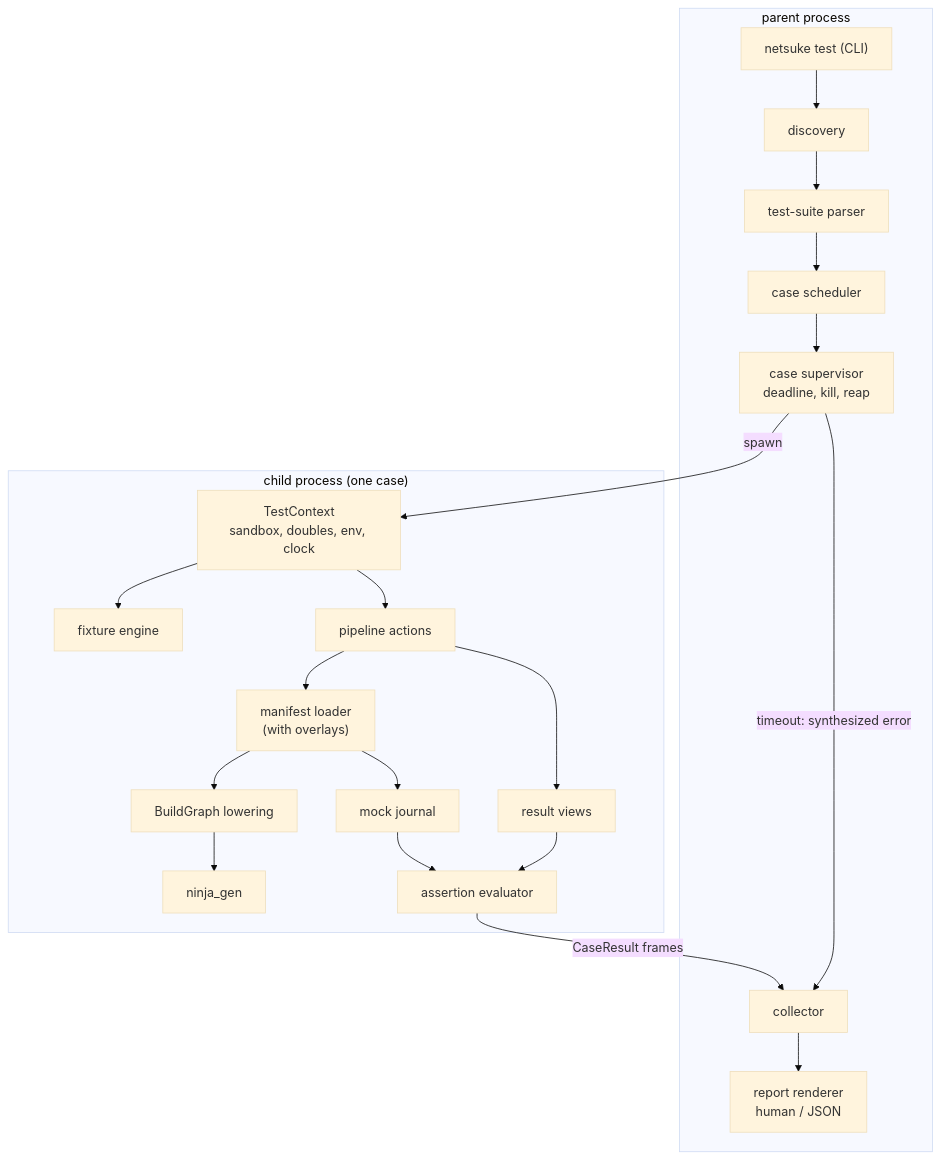
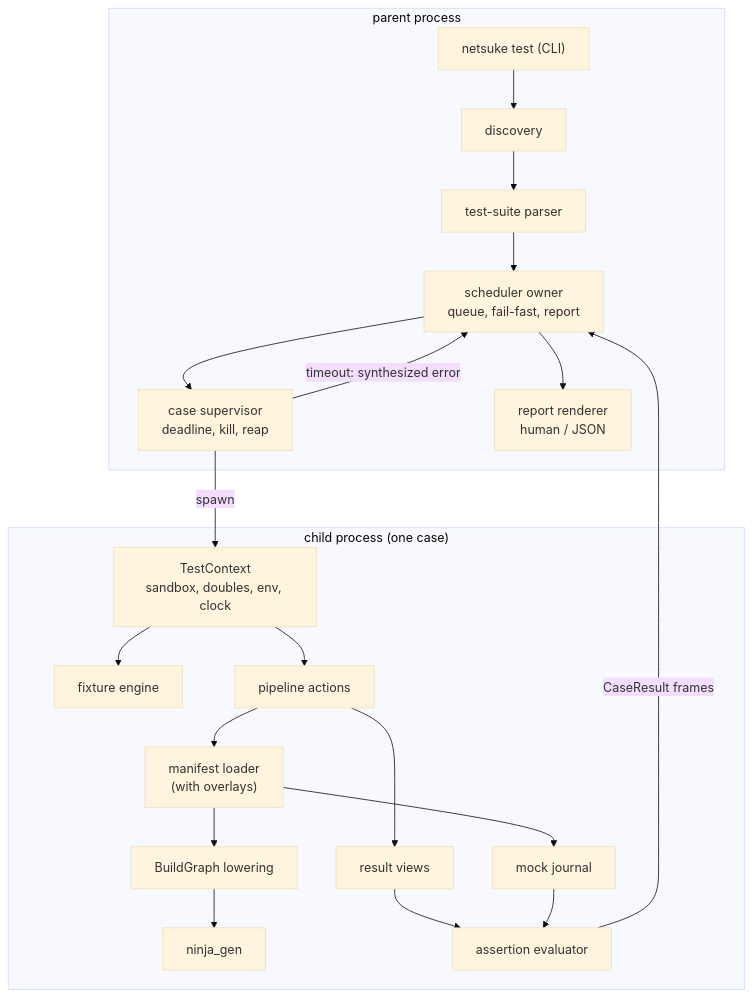
The diagram in docs/netsuke-test-framework-technical-design.md (leynos/netsuke), drawn with Mermaid (base theme) before and after one commit. The commit also changed other lines of this file, not shown here.

````diff
--- a/docs/netsuke-test-framework-technical-design.md
+++ b/docs/netsuke-test-framework-technical-design.md
@@ -83,25 +83,25 @@
 ```mermaid
 graph TD
     subgraph parent["parent process"]
         A["netsuke test (CLI)"] --> B[discovery]
         B --> C[test-suite parser]
-        C --> D[case scheduler]
+        C --> D["scheduler owner<br/>queue, fail-fast, report"]
         D --> S["case supervisor<br/>deadline, kill, reap"]
-        R[collector] --> N["report renderer<br/>human / JSON"]
+        D --> N["report renderer<br/>human / JSON"]
     end
     S -->|spawn| E
     subgraph child["child process (one case)"]
         E[TestContext<br/>sandbox, doubles, env, clock]
         E --> F[fixture engine]
         E --> G[pipeline actions]
         G --> H["manifest loader<br/>(with overlays)"]
         H --> I[BuildGraph lowering]
         I --> J[ninja_gen]
         H --> K[mock journal]
         G --> L[result views]
         L --> M[assertion evaluator]
         K --> M
     end
-    M -->|CaseResult frames| R
-    S -->|timeout: synthesized error| R
+    M -->|CaseResult frames| D
+    S -->|timeout: synthesized error| D
 ```
````
